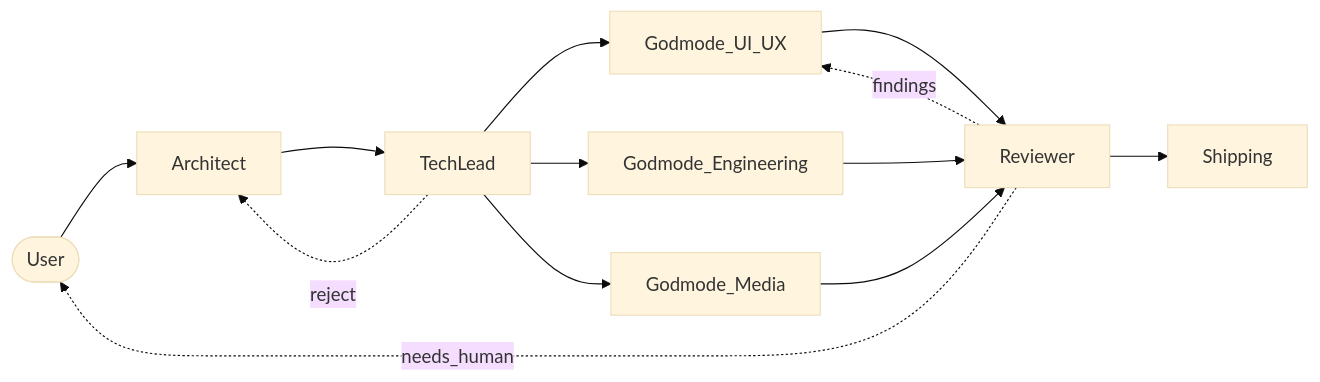
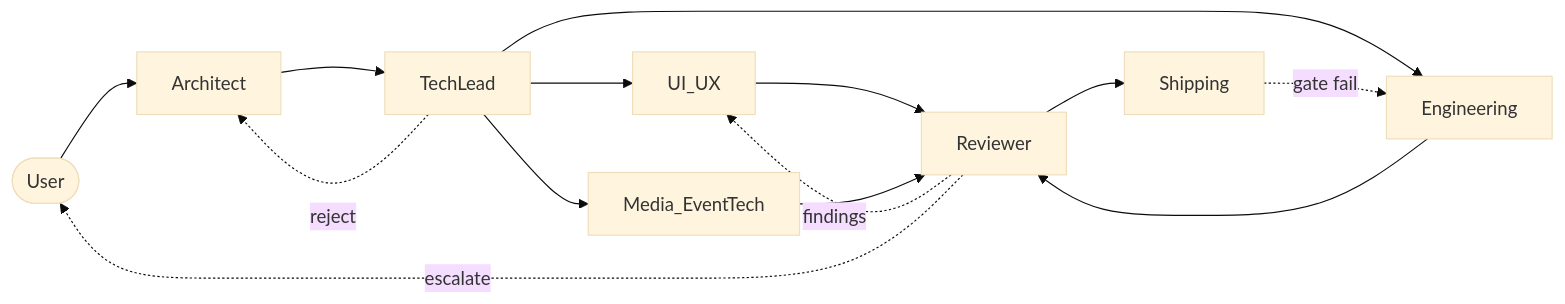
One commit to hybridlabor-api/aos changed the diagram in README.md. Above: the diagram before and after it, drawn with Mermaid (base theme). The commit also changed other lines of this file and 5 other files, not shown here.

````diff
--- a/README.md
+++ b/README.md
@@ -149,9 +143,10 @@
 ```mermaid
 flowchart LR
     U(["User"]) --> A["Architect"] --> T["TechLead"]
-    T --> UX["Godmode_UI_UX"] & EN["Godmode_Engineering"] & ME["Godmode_Media"]
+    T --> UX["UI_UX"] & EN["Engineering"] & ME["Media_EventTech"]
     UX & EN & ME --> R["Reviewer"] --> S["Shipping"]
     T -.->|reject| A
     R -.->|findings| UX
-    R -.->|needs_human| U
+    S -.->|gate fail| EN
+    R -.->|escalate| U
 ```
````
